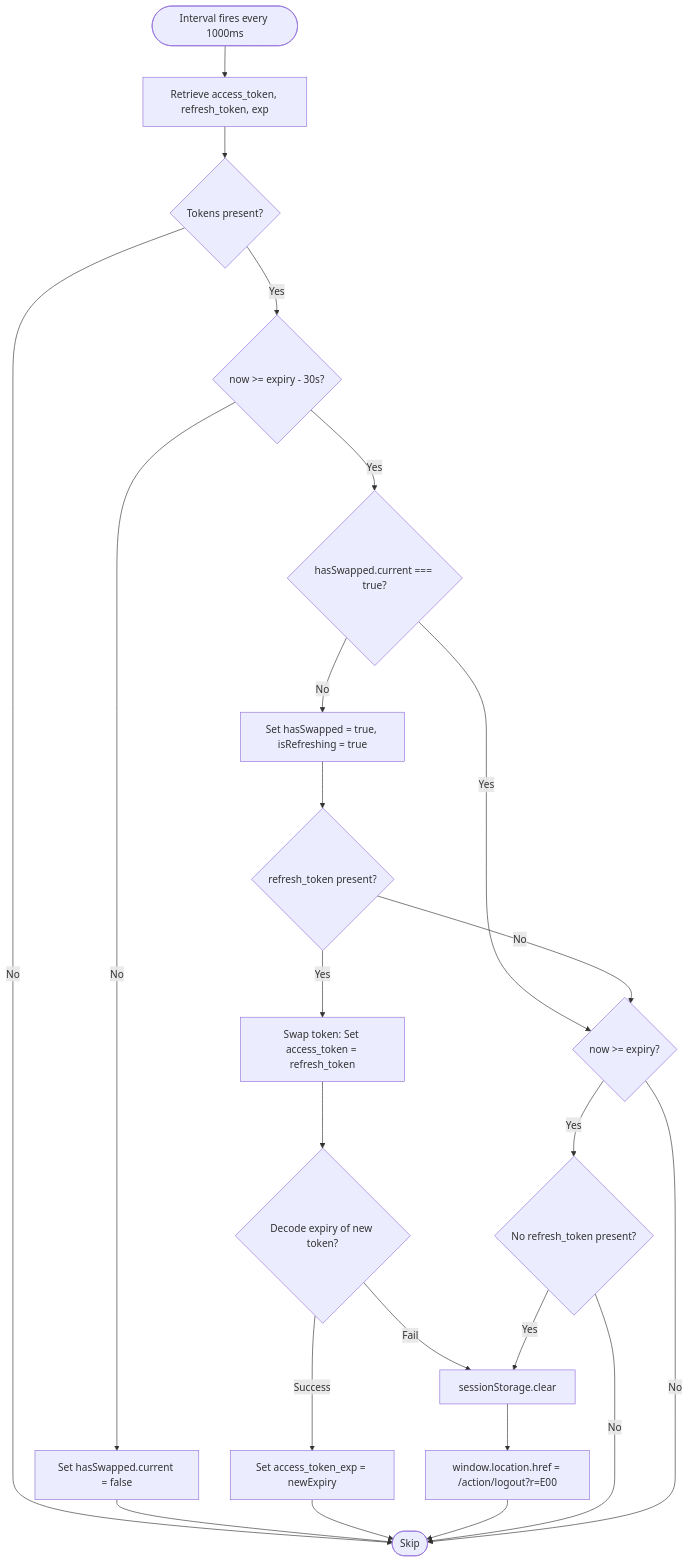
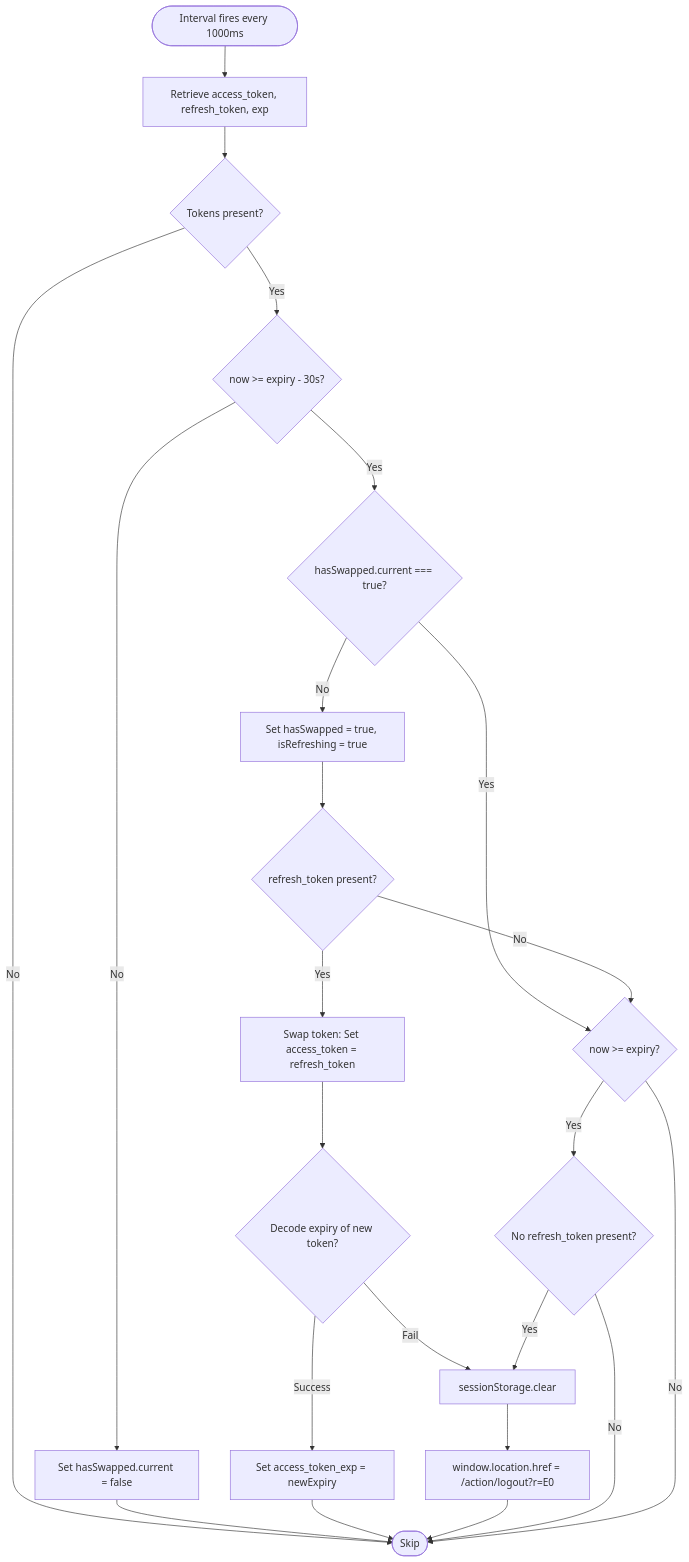
The third of 9 diagrams in docs/FLOW_DIAGRAMS.md (adamf0/unpaksimonevfrontv2), drawn with Mermaid before and after one commit. The commit also changed 104 other files, not shown here.

````diff
--- a/docs/FLOW_DIAGRAMS.md
+++ b/docs/FLOW_DIAGRAMS.md
@@ -76,28 +76,28 @@
 ```mermaid
 flowchart TD
     Start([Interval fires every 1000ms]) --> GetTokens[Retrieve access_token, refresh_token, exp]
     GetTokens --> CheckExists{Tokens present?}
     CheckExists -- No --> End([Skip])
     CheckExists -- Yes --> CheckNearExpiry{now >= expiry - 30s?}
     
     CheckNearExpiry -- No --> ResetSwapped[Set hasSwapped.current = false] --> End
     CheckNearExpiry -- Yes --> AlreadySwapped{hasSwapped.current === true?}
     
     AlreadySwapped -- Yes --> CheckExpired{now >= expiry?}
     AlreadySwapped -- No --> SetSwappedFlags[Set hasSwapped = true, isRefreshing = true]
     
     SetSwappedFlags --> HasRefreshToken{refresh_token present?}
     HasRefreshToken -- No --> CheckExpired
     HasRefreshToken -- Yes --> SwapAPI[Swap token: Set access_token = refresh_token]
     
     SwapAPI --> DecodeNewExp{Decode expiry of new token?}
     DecodeNewExp -- Success --> SaveNewExpiry[Set access_token_exp = newExpiry]
     SaveNewExpiry --> End
     DecodeNewExp -- Fail --> HandleSwapFail[sessionStorage.clear]
-    HandleSwapFail --> LogoutRedirect[window.location.href = /action/logout?r=E00] --> End
+    HandleSwapFail --> LogoutRedirect[window.location.href = /action/logout?r=E0] --> End
     
     CheckExpired -- Yes --> NoRefresh{No refresh_token present?}
     NoRefresh -- Yes --> HandleSwapFail
     NoRefresh -- No --> End
     CheckExpired -- No --> End
 ```
````
